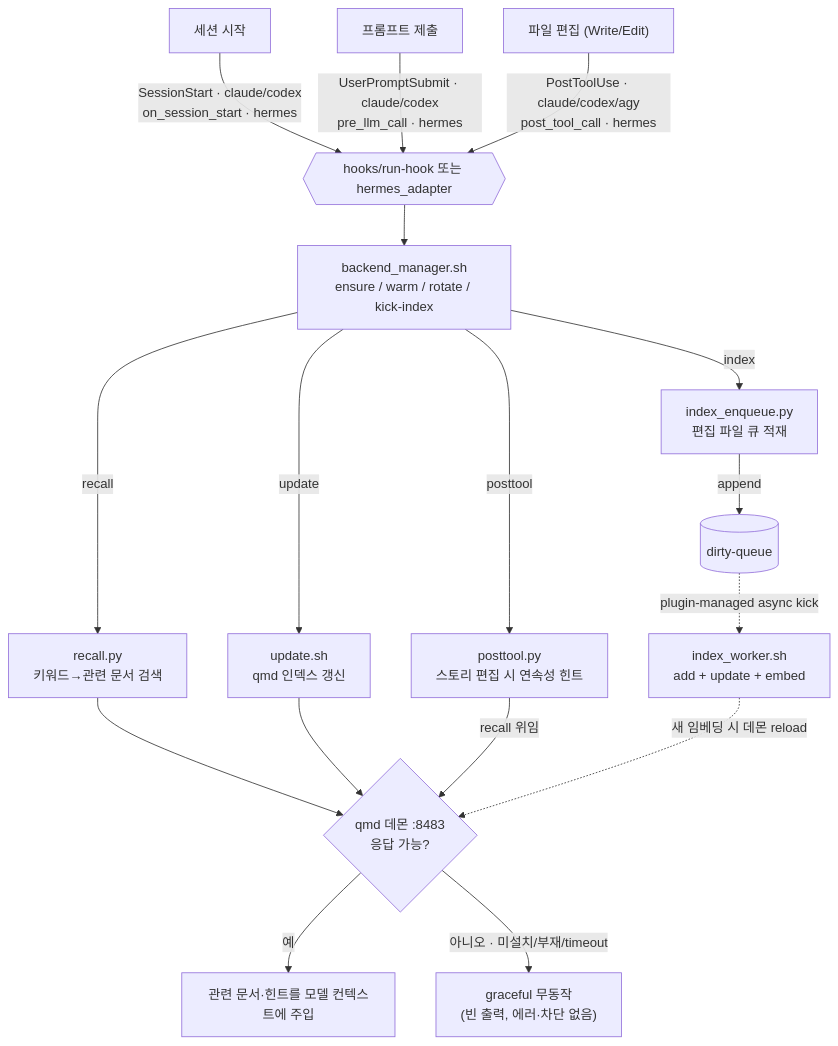
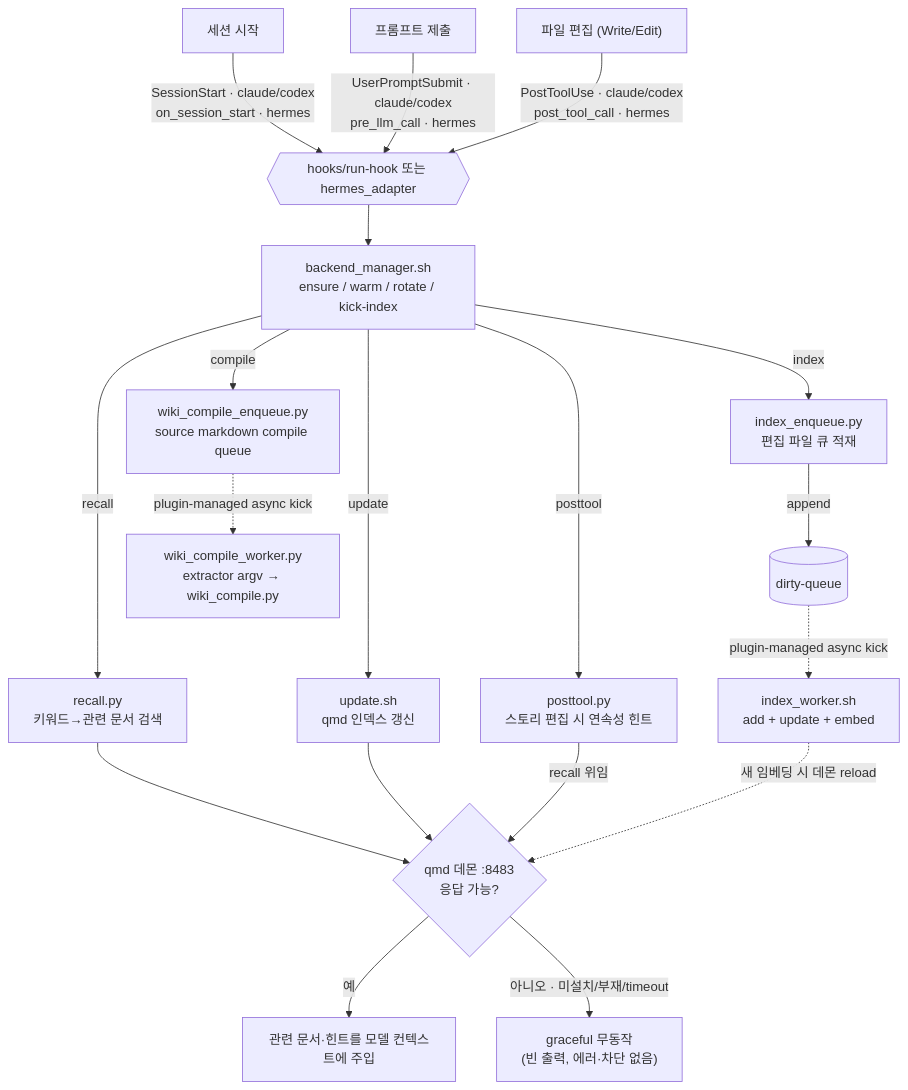
The diagram in README.md (zbdulee/qmd-auto-context), drawn with Mermaid before and after one commit. The commit also changed other lines of this file and 29 other files, not shown here.

First line of the commit message:
feat: add automatic wiki compile queue

````diff
--- a/README.md
+++ b/README.md
@@ -36,28 +36,30 @@
 ```mermaid
 flowchart TD
     A["세션 시작"]
     B["프롬프트 제출"]
     C["파일 편집 (Write/Edit)"]
 
     A -->|"SessionStart · claude/codex<br/>on_session_start · hermes"| RH
     B -->|"UserPromptSubmit · claude/codex<br/>pre_llm_call · hermes"| RH
-    C -->|"PostToolUse · claude/codex/agy<br/>post_tool_call · hermes"| RH
+    C -->|"PostToolUse · claude/codex<br/>post_tool_call · hermes"| RH
 
     RH{{"hooks/run-hook 또는 hermes_adapter"}}
     RH --> BM["backend_manager.sh<br/>ensure / warm / rotate / kick-index"]
     BM -->|update| U["update.sh<br/>qmd 인덱스 갱신"]
     BM -->|recall| R["recall.py<br/>키워드→관련 문서 검색"]
     BM -->|posttool| P["posttool.py<br/>스토리 편집 시 연속성 힌트"]
     BM -->|index| IX["index_enqueue.py<br/>편집 파일 큐 적재"]
+    BM -->|compile| CQ["wiki_compile_enqueue.py<br/>source markdown compile queue"]
 
     D{"qmd 데몬 :8483<br/>응답 가능?"}
     R --> D
     U --> D
     P -->|recall 위임| D
     D -->|"예"| OUT["관련 문서·힌트를 모델 컨텍스트에 주입"]
     D -->|"아니오 · 미설치/부재/timeout"| SKIP["graceful 무동작<br/>(빈 출력, 에러·차단 없음)"]
 
     IX -->|append| Q[("dirty-queue")]
+    CQ -.->|"plugin-managed async kick"| CW["wiki_compile_worker.py<br/>extractor argv → wiki_compile.py"]
     Q -.->|"plugin-managed async kick"| W["index_worker.sh<br/>add + update + embed"]
     W -.->|"새 임베딩 시 데몬 reload"| D
 ```
````
